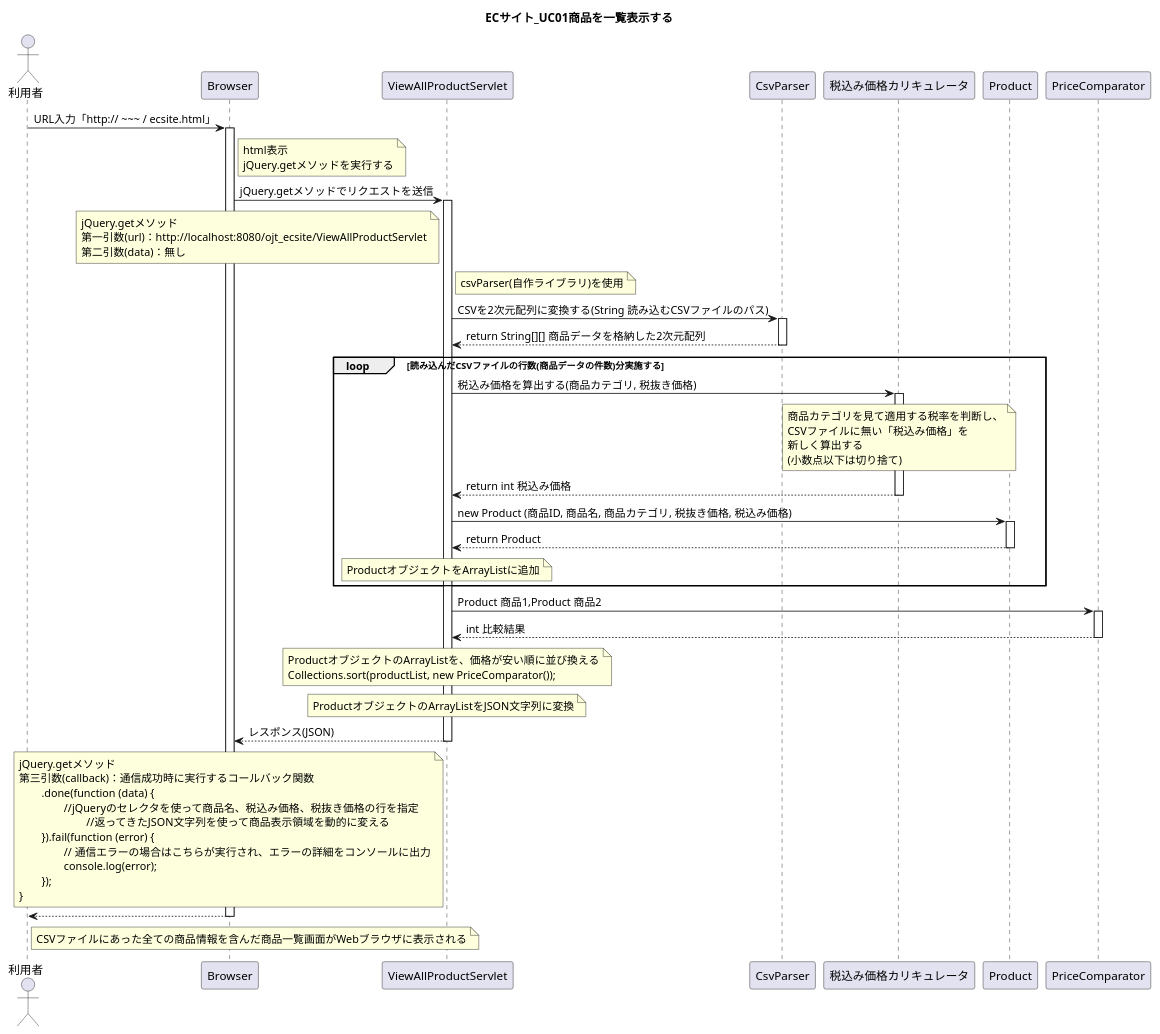
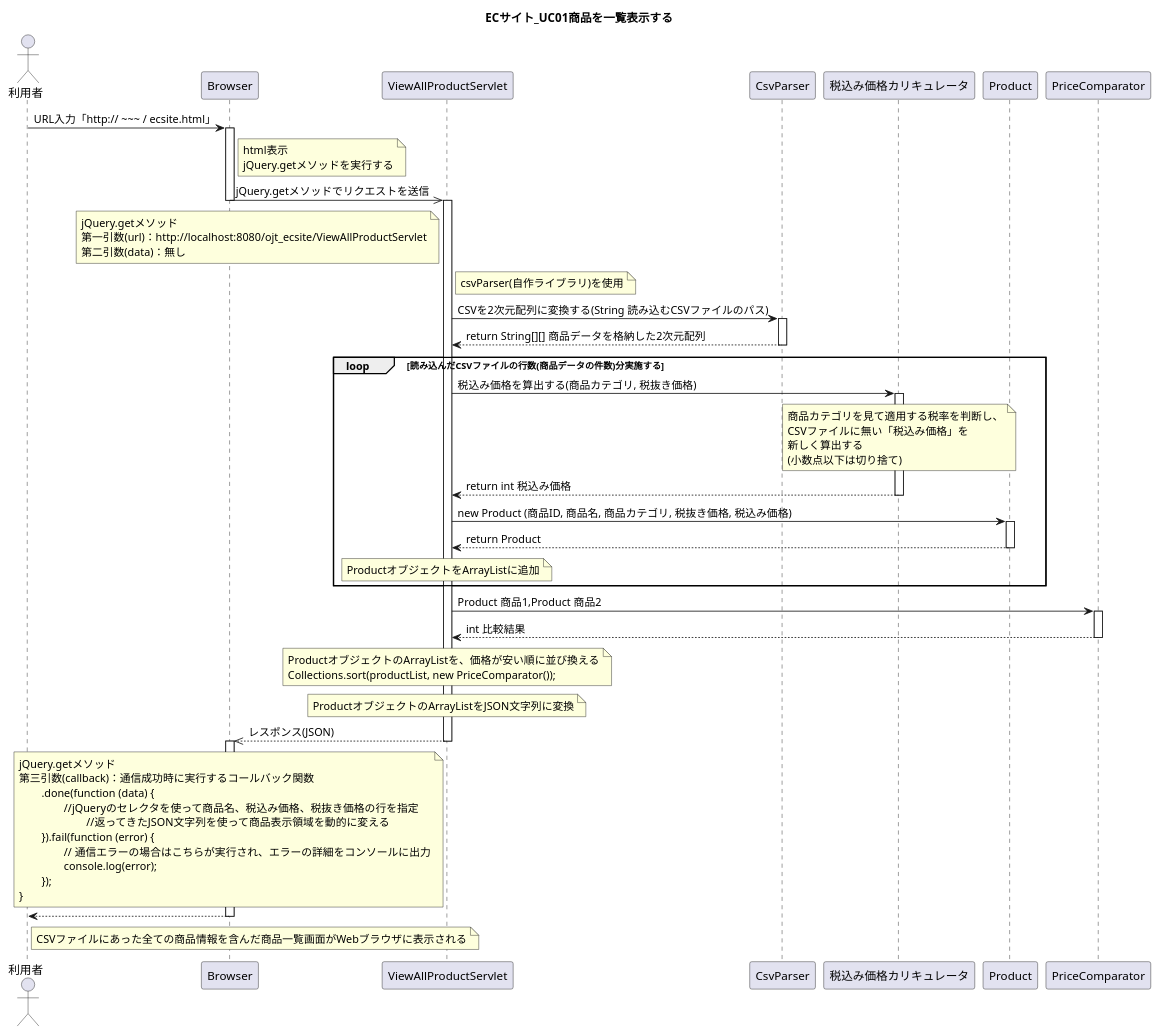
Before and after one commit to wnakayama/ojt_ecsite: the diagram in UML/Sequence01.puml, drawn with PlantUML. The commit also changed 1 other file, not shown here.

Commit message:
[シーケンス図]非同期通信部分の矢印,ライフライン表記を修正

```diff
--- a/UML/Sequence01.puml
+++ b/UML/Sequence01.puml
@@ -1,94 +1,97 @@
 @startuml
 title ECサイト_UC01商品を一覧表示する
 
 actor 利用者
 
 利用者 -> Browser : URL入力「http:// ~~~ / ecsite.html」
 activate Browser
 	note right of Browser
 	html表示
 	jQuery.getメソッドを実行する
 	end note
 
-Browser -> ViewAllProductServlet : jQuery.getメソッドでリクエストを送信
+Browser ->> ViewAllProductServlet : jQuery.getメソッドでリクエストを送信
+deactivate Browser
 activate ViewAllProductServlet
 
 	note left of ViewAllProductServlet
 	jQuery.getメソッド
 	第一引数(url)：http://localhost:8080/ojt_ecsite/ViewAllProductServlet
 	第二引数(data)：無し
 	end note
 
 
 	note right of ViewAllProductServlet
 	csvParser(自作ライブラリ)を使用
 	end note
 
 ViewAllProductServlet -> CsvParser : CSVを2次元配列に変換する(String 読み込むCSVファイルのパス)
 activate CsvParser
 
 ViewAllProductServlet <-- CsvParser : return String[][] 商品データを格納した2次元配列
 deactivate CsvParser
 
 loop 読み込んだCSVファイルの行数(商品データの件数)分実施する
 ViewAllProductServlet -> 税込み価格カリキュレータ : 税込み価格を算出する(商品カテゴリ, 税抜き価格)
 activate 税込み価格カリキュレータ
 
 	note over of 税込み価格カリキュレータ
 	商品カテゴリを見て適用する税率を判断し、
 	CSVファイルに無い「税込み価格」を
 	新しく算出する
 	(小数点以下は切り捨て)
 	end note
 
 ViewAllProductServlet <-- 税込み価格カリキュレータ : return int 税込み価格
 deactivate 税込み価格カリキュレータ
 
 ViewAllProductServlet -> Product : new Product (商品ID, 商品名, 商品カテゴリ, 税抜き価格, 税込み価格)
 activate Product
 
 ViewAllProductServlet <-- Product : return Product
 deactivate Product
 	note over ViewAllProductServlet
 	ProductオブジェクトをArrayListに追加
 	end note
 end loop
 
 ViewAllProductServlet -> PriceComparator : Product 商品1,Product 商品2
 activate PriceComparator
 ViewAllProductServlet <-- PriceComparator : int 比較結果
 deactivate PriceComparator
 
 	note over ViewAllProductServlet
 	ProductオブジェクトのArrayListを、価格が安い順に並び換える
 	Collections.sort(productList, new PriceComparator());
 	end note
 
 	note over ViewAllProductServlet
 	ProductオブジェクトのArrayListをJSON文字列に変換
 	end note
-	Browser <-- ViewAllProductServlet : レスポンス(JSON)
+
+Browser <<-- ViewAllProductServlet : レスポンス(JSON)
+deactivate ViewAllProductServlet
+activate Browser
 
 	note left of ViewAllProductServlet
 	jQuery.getメソッド
 	第三引数(callback)：通信成功時に実行するコールバック関数
 		.done(function (data) {
 			//jQueryのセレクタを使って商品名、税込み価格、税抜き価格の行を指定
 				//返ってきたJSON文字列を使って商品表示領域を動的に変える
 		}).fail(function (error) {
 			// 通信エラーの場合はこちらが実行され、エラーの詳細をコンソールに出力
 			console.log(error);
 		});
 	}
 	end note
 
-deactivate ViewAllProductServlet
 
 利用者 <-- Browser
 	note right of 利用者
 	CSVファイルにあった全ての商品情報を含んだ商品一覧画面がWebブラウザに表示される
 	end note
 
 deactivate Browser
 
 @enduml
```
